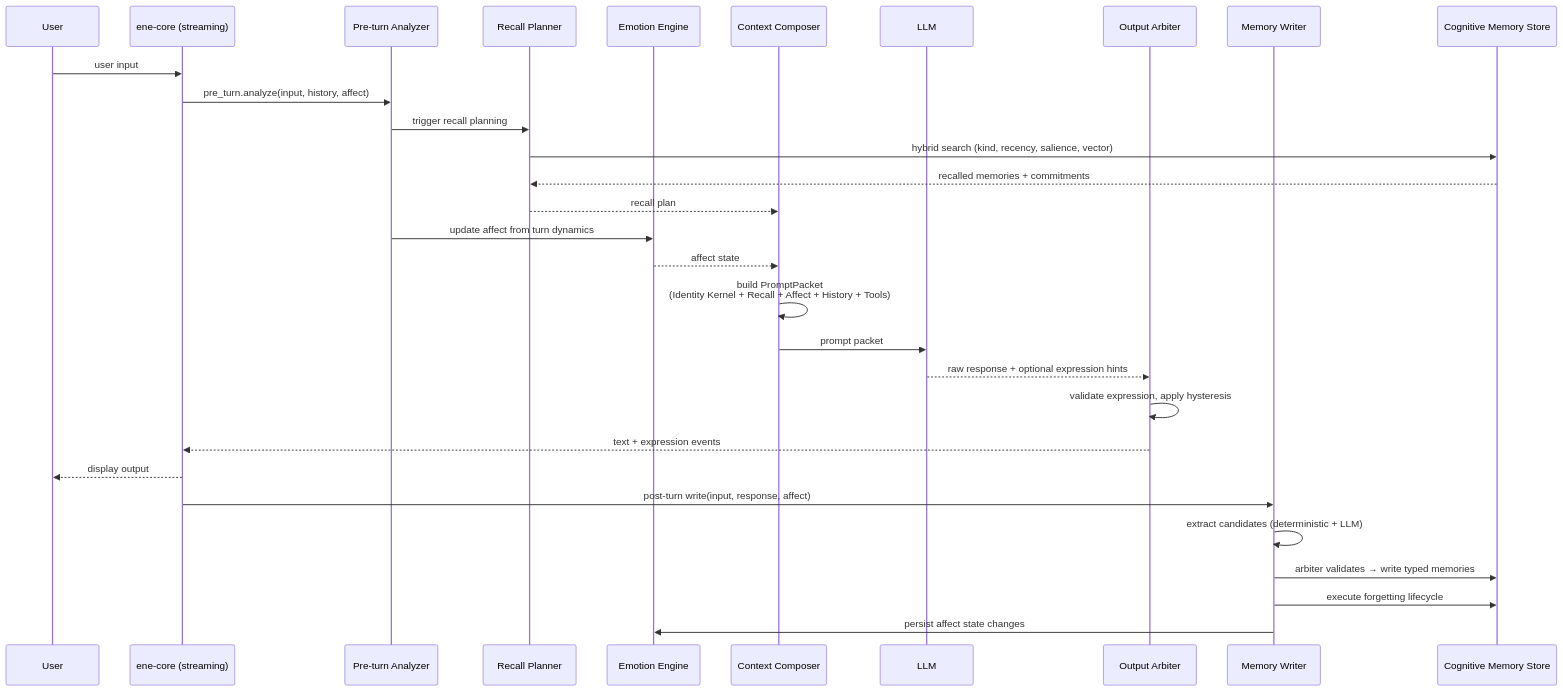
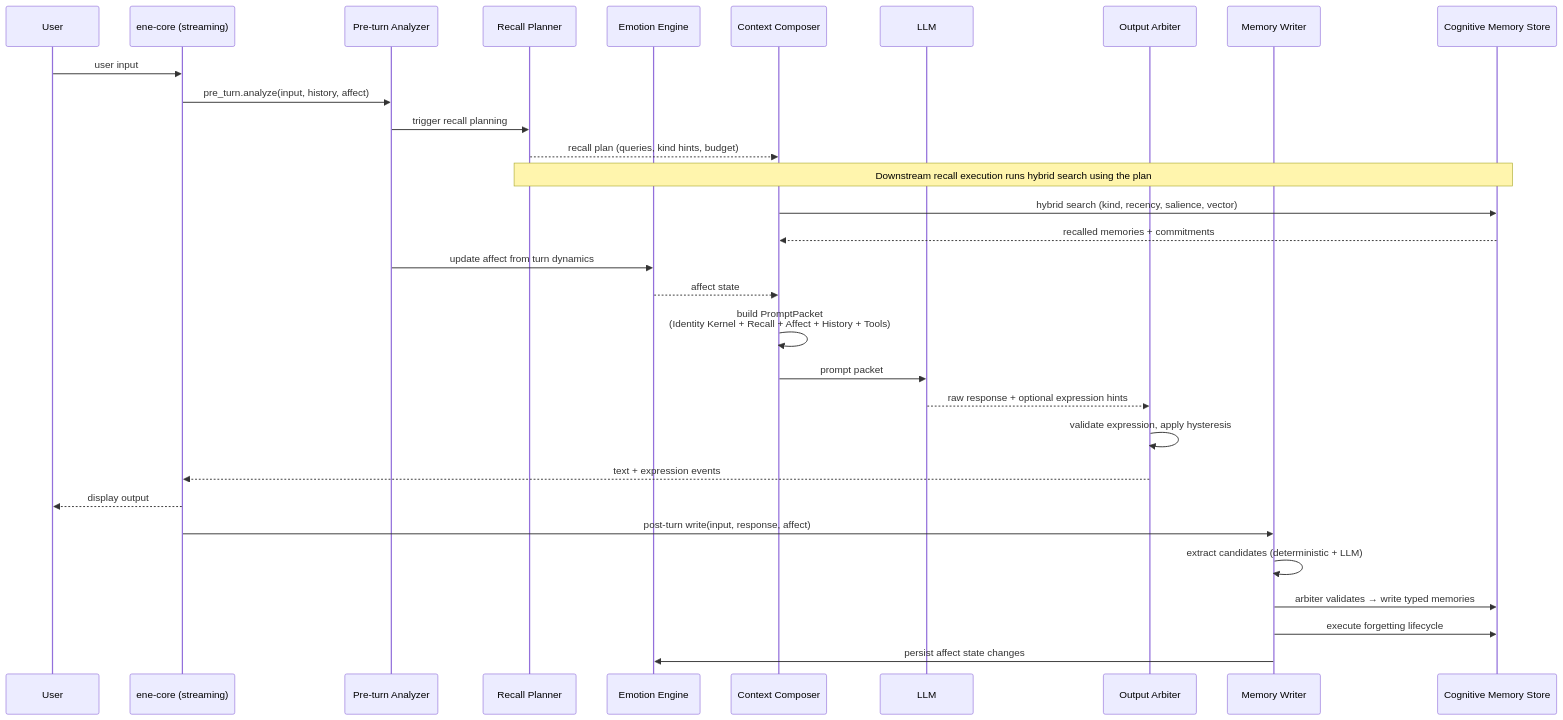
The diagram in docs/architecture/cognitive-runtime.md (pexisgle/ene), drawn with Mermaid before and after one commit. The commit also changed other lines of this file and 14 other files, not shown here.

First line of the commit message:
feat(cognition): implement RecallPlan generation (#72)

````diff
--- a/docs/architecture/cognitive-runtime.md
+++ b/docs/architecture/cognitive-runtime.md
@@ -64,33 +64,34 @@
 ```mermaid
 sequenceDiagram
     participant User
     participant Streaming as ene-core (streaming)
     participant PreTurn as Pre-turn Analyzer
     participant Recall as Recall Planner
     participant Emotion as Emotion Engine
     participant Composer as Context Composer
     participant LLM
     participant Arbiter as Output Arbiter
     participant Writer as Memory Writer
     participant Store as Cognitive Memory Store
 
     User->>Streaming: user input
     Streaming->>PreTurn: pre_turn.analyze(input, history, affect)
     PreTurn->>Recall: trigger recall planning
-    Recall->>Store: hybrid search (kind, recency, salience, vector)
-    Store-->>Recall: recalled memories + commitments
-    Recall-->>Composer: recall plan
+    Recall-->>Composer: recall plan (queries, kind hints, budget)
+    Note over Recall,Store: Downstream recall execution runs hybrid search using the plan
+    Composer->>Store: hybrid search (kind, recency, salience, vector)
+    Store-->>Composer: recalled memories + commitments
     PreTurn->>Emotion: update affect from turn dynamics
     Emotion-->>Composer: affect state
     Composer->>Composer: build PromptPacket<br/>(Identity Kernel + Recall + Affect + History + Tools)
     Composer->>LLM: prompt packet
     LLM-->>Arbiter: raw response + optional expression hints
     Arbiter->>Arbiter: validate expression, apply hysteresis
     Arbiter-->>Streaming: text + expression events
     Streaming-->>User: display output
     Streaming->>Writer: post-turn write(input, response, affect)
     Writer->>Writer: extract candidates (deterministic + LLM)
     Writer->>Store: arbiter validates → write typed memories
     Writer->>Store: execute forgetting lifecycle
     Writer->>Emotion: persist affect state changes
 ```
````
